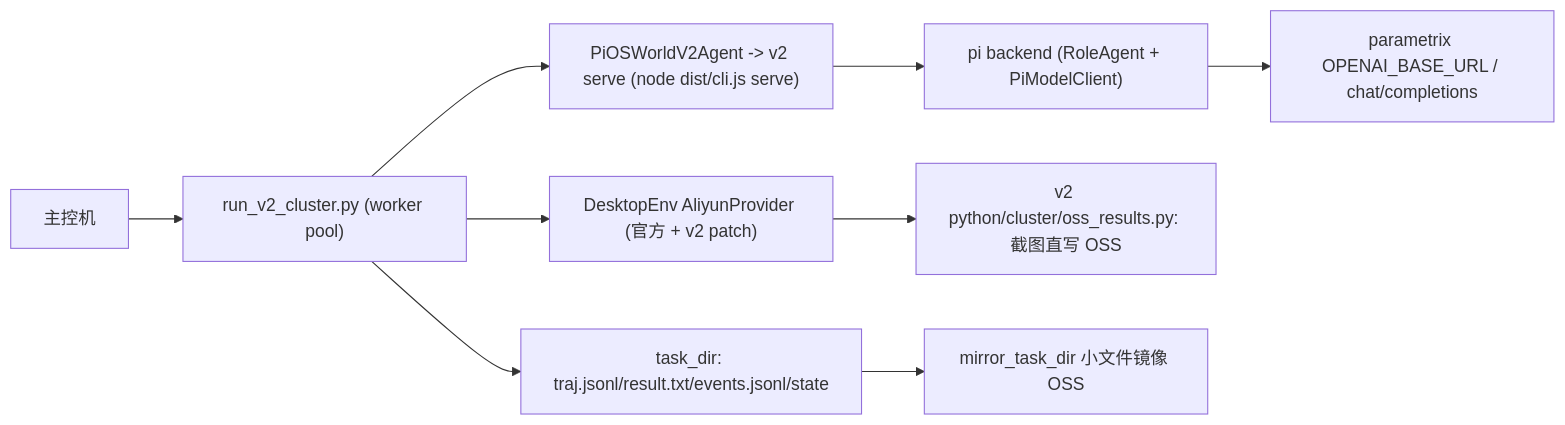
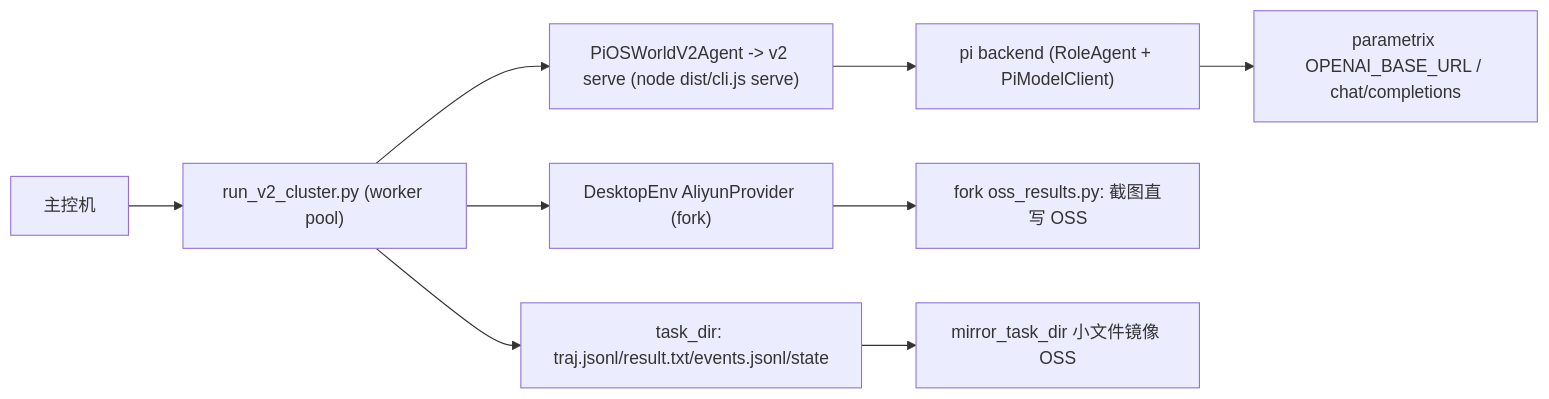
The diagram in CLUSTER-PLAN.md (ivybug-test/pi-osworld-v2), drawn with Mermaid before and after one commit. The commit also changed other lines of this file and 3 other files, not shown here.

Commit message:
feat: use colleague OSWorld-V2 fork as submodule and add cluster runner

````diff
--- a/CLUSTER-PLAN.md
+++ b/CLUSTER-PLAN.md
@@ -56,11 +55,11 @@
 ```mermaid
 flowchart LR
   Master["主控机"] --> Runner["run_v2_cluster.py (worker pool)"]
-  Runner --> Env["DesktopEnv AliyunProvider (官方 + v2 patch)"]
+  Runner --> Env["DesktopEnv AliyunProvider (fork)"]
   Runner --> Bridge["PiOSWorldV2Agent -> v2 serve (node dist/cli.js serve)"]
   Bridge --> Pi["pi backend (RoleAgent + PiModelClient)"]
   Pi --> GW["parametrix OPENAI_BASE_URL / chat/completions"]
-  Env --> OSS["v2 python/cluster/oss_results.py: 截图直写 OSS"]
+  Env --> OSS["fork oss_results.py: 截图直写 OSS"]
   Runner --> Local["task_dir: traj.jsonl/result.txt/events.jsonl/state"]
   Local --> OSS2["mirror_task_dir 小文件镜像 OSS"]
 ```
````
